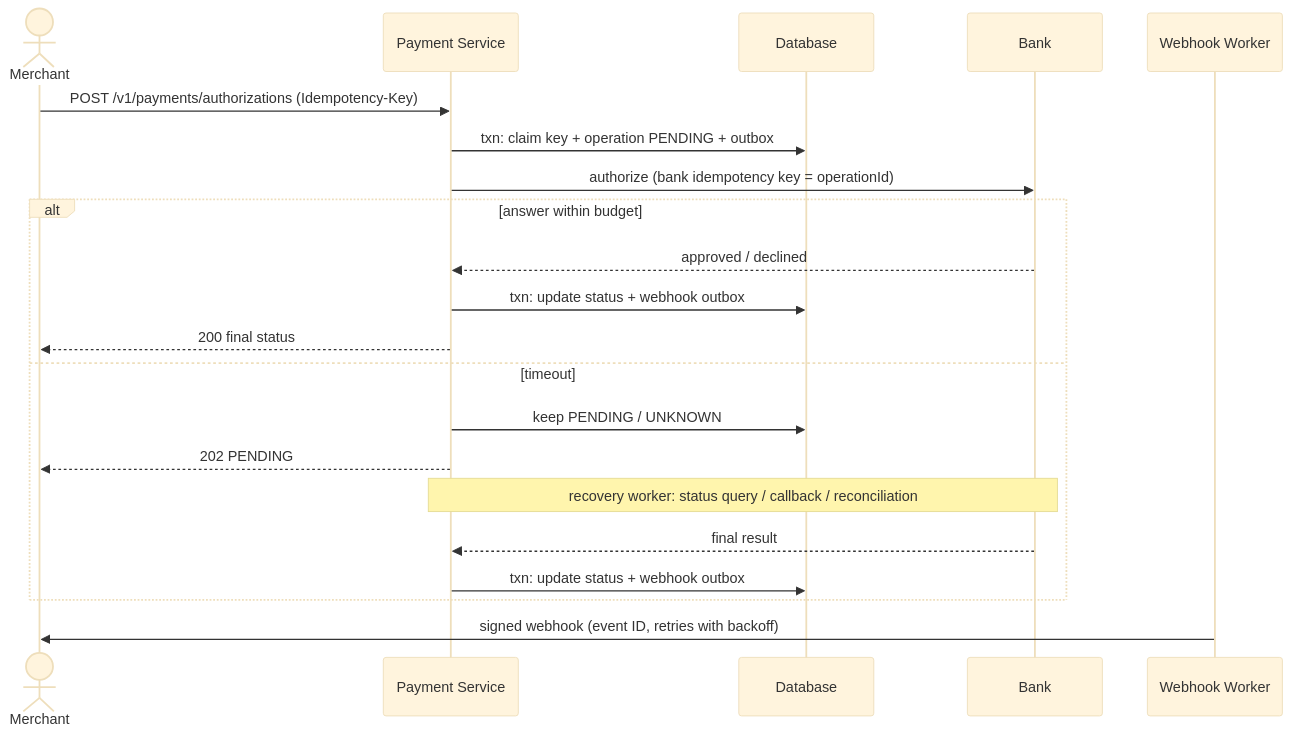
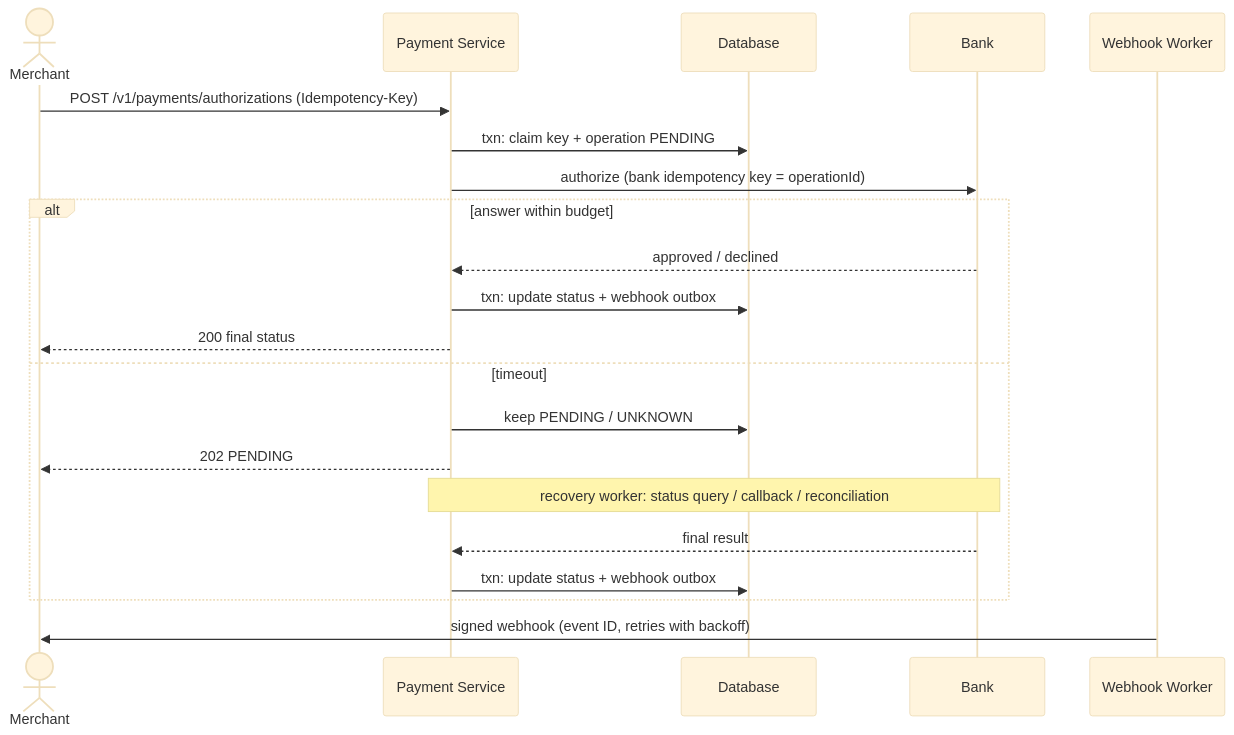
One commit to lingyun3730/future changed the third of 4 diagrams in system-design-prep.md. Above: the diagram before and after it, drawn with Mermaid (base theme). The commit also changed other lines of this file, not shown here.

Commit message:
Simplify step 3: key + pending only; outbox only for webhooks

````diff
--- a/system-design-prep.md
+++ b/system-design-prep.md
@@ -719,24 +721,24 @@
 ```mermaid
 sequenceDiagram
     actor M as Merchant
     participant API as Payment Service
     participant DB as Database
     participant BK as Bank
     participant WW as Webhook Worker
 
     M->>API: POST /v1/payments/authorizations (Idempotency-Key)
-    API->>DB: txn: claim key + operation PENDING + outbox
+    API->>DB: txn: claim key + operation PENDING
     API->>BK: authorize (bank idempotency key = operationId)
     alt answer within budget
         BK-->>API: approved / declined
         API->>DB: txn: update status + webhook outbox
         API-->>M: 200 final status
     else timeout
         API->>DB: keep PENDING / UNKNOWN
         API-->>M: 202 PENDING
         Note over API,BK: recovery worker: status query / callback / reconciliation
         BK-->>API: final result
         API->>DB: txn: update status + webhook outbox
     end
     WW->>M: signed webhook (event ID, retries with backoff)
 ```
````
